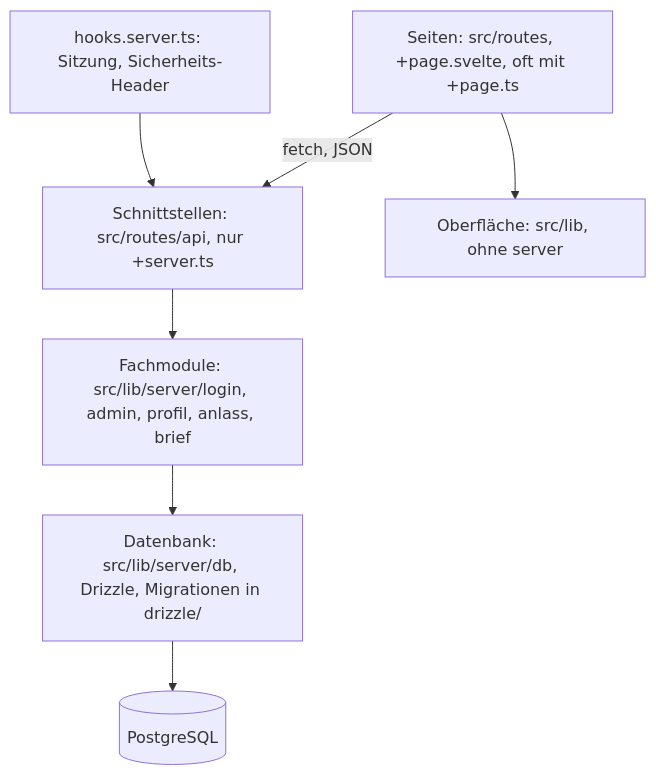
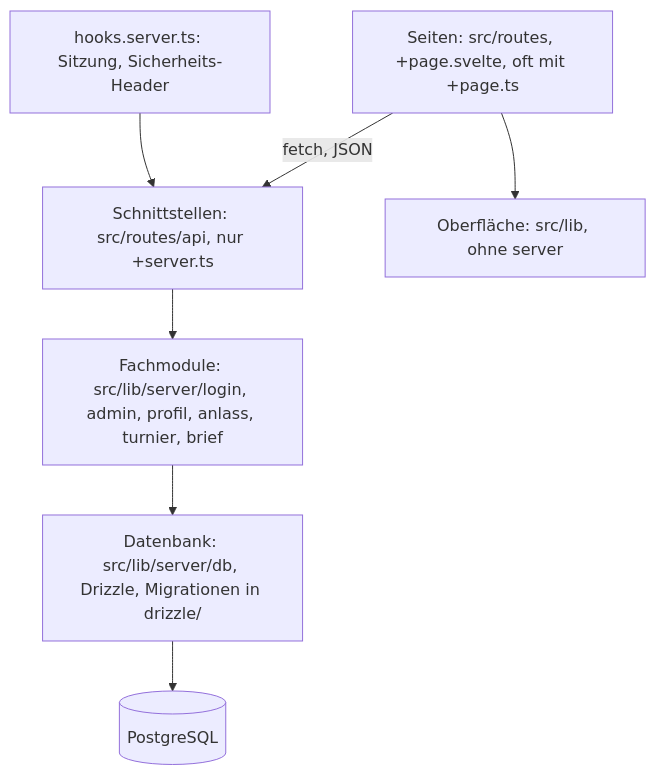
Before and after one commit to konstantinniedermann/tco-app: the second of 3 diagrams in docs/arc42.md, drawn with Mermaid. The commit also changed other lines of this file and 9 other files, not shown here.

````diff
--- a/docs/arc42.md
+++ b/docs/arc42.md
@@ -70,9 +70,9 @@
 ```mermaid
 flowchart TD
   S["Seiten: src/routes, +page.svelte, oft mit +page.ts"] -->|fetch, JSON| API["Schnittstellen: src/routes/api, nur +server.ts"]
   S --> UI["Oberfläche: src/lib, ohne server"]
   H["hooks.server.ts: Sitzung, Sicherheits-Header"] --> API
-  API --> F["Fachmodule: src/lib/server/login, admin, profil, anlass, brief"]
+  API --> F["Fachmodule: src/lib/server/login, admin, profil, anlass, turnier, brief"]
   F --> DB["Datenbank: src/lib/server/db, Drizzle, Migrationen in drizzle/"]
   DB --> PG[(PostgreSQL)]
 ```
````
